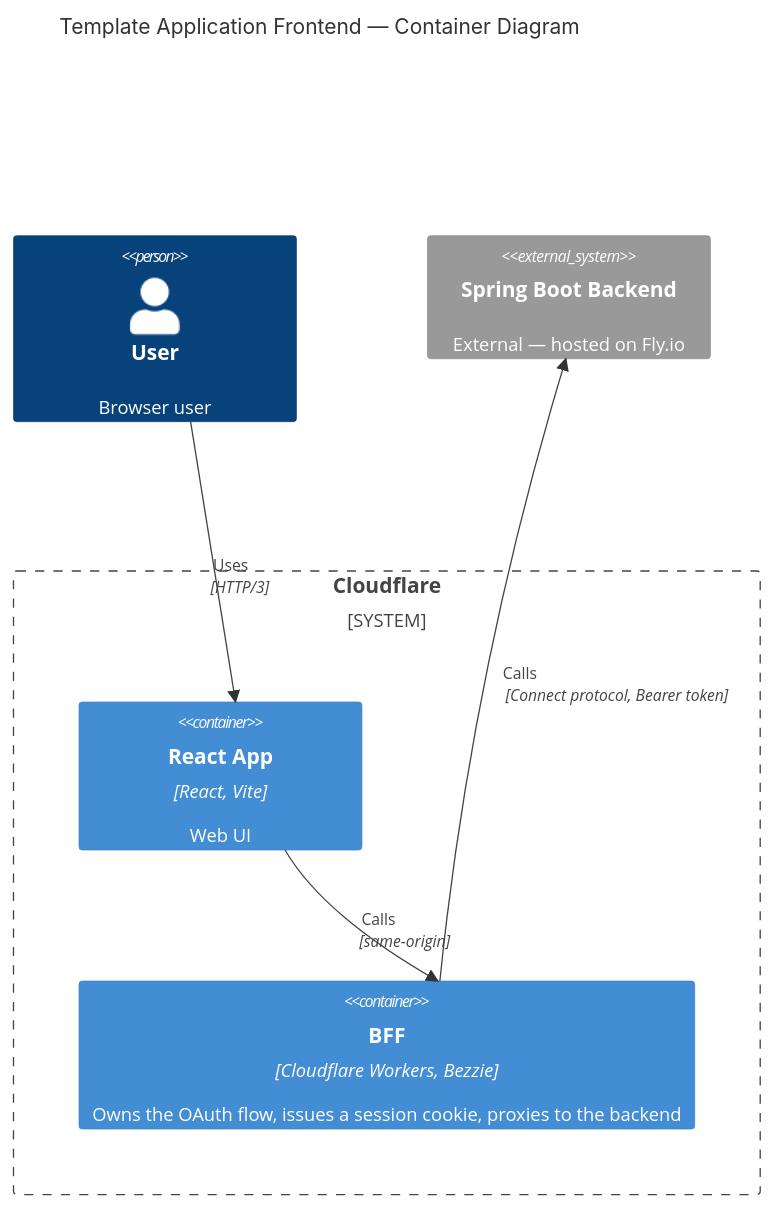
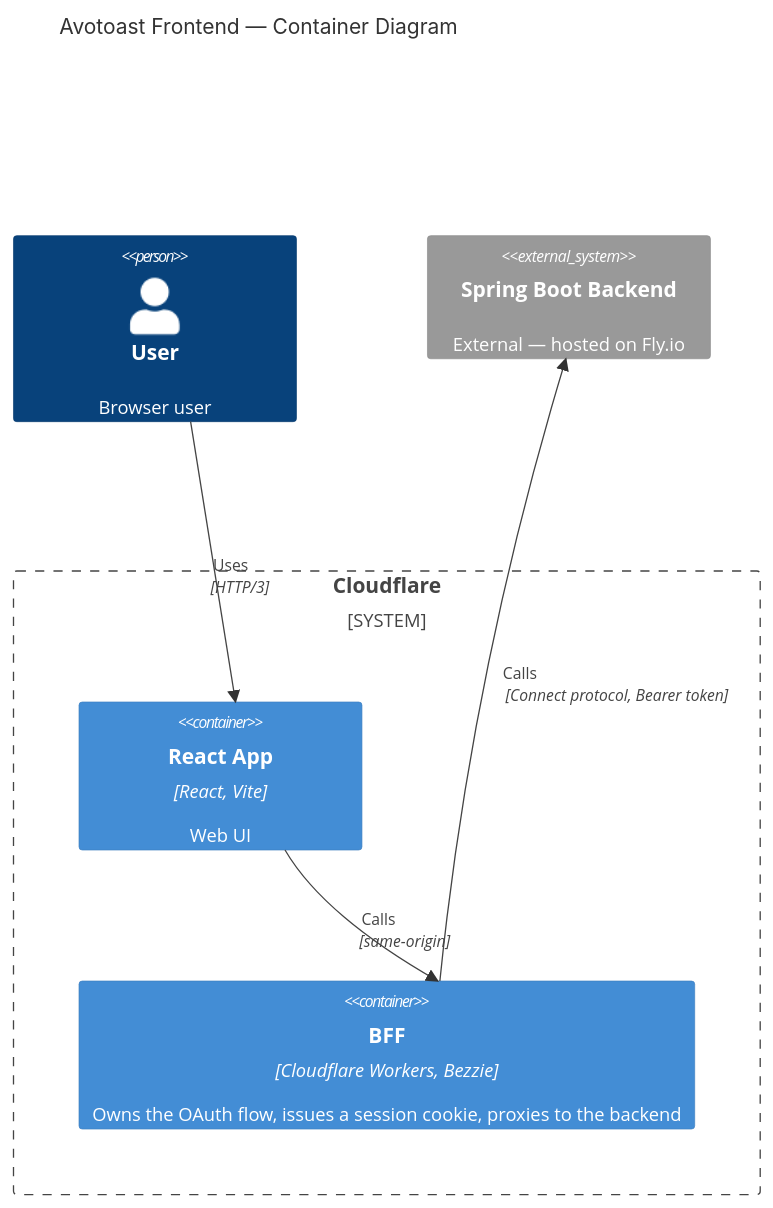
One commit to neilpmas/avotoast-frontend changed the diagram in README.md. Above: the diagram before and after it, drawn with Mermaid. The commit also changed other lines of this file, not shown here.

Commit message:
docs: add the Avotoast header and correct the CI deploy claims

````diff
--- a/README.md
+++ b/README.md
@@ -41,17 +56,17 @@
 ```mermaid
 C4Container
-    title Template Application Frontend — Container Diagram
+    title Avotoast Frontend — Container Diagram
 
     Person(user, "User", "Browser user")
 
     System_Boundary(cf, "Cloudflare") {
         Container(react, "React App", "React, Vite", "Web UI")
         Container(bff, "BFF", "Cloudflare Workers, Bezzie", "Owns the OAuth flow, issues a session cookie, proxies to the backend")
     }
 
     System_Ext(backend, "Spring Boot Backend", "External — hosted on Fly.io")
 
     Rel(user, react, "Uses", "HTTP/3")
     Rel(react, bff, "Calls", "same-origin")
     Rel(bff, backend, "Calls", "Connect protocol, Bearer token")
 ```
````
